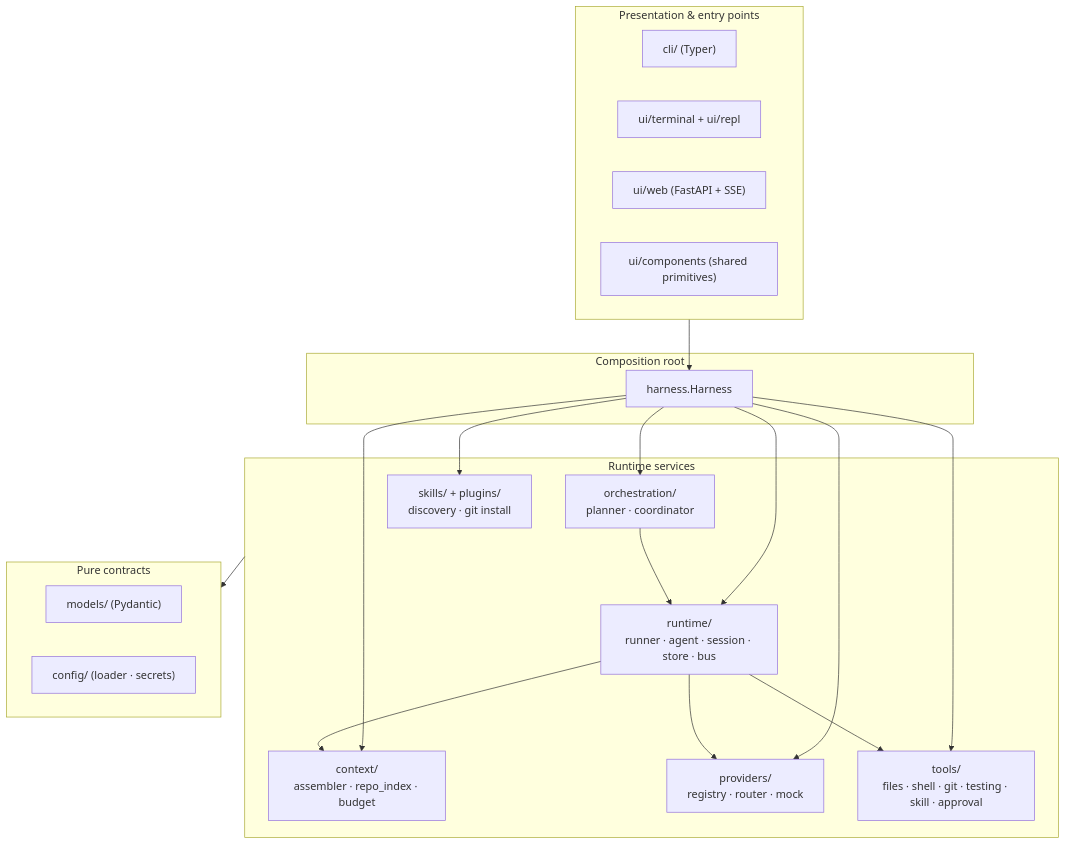
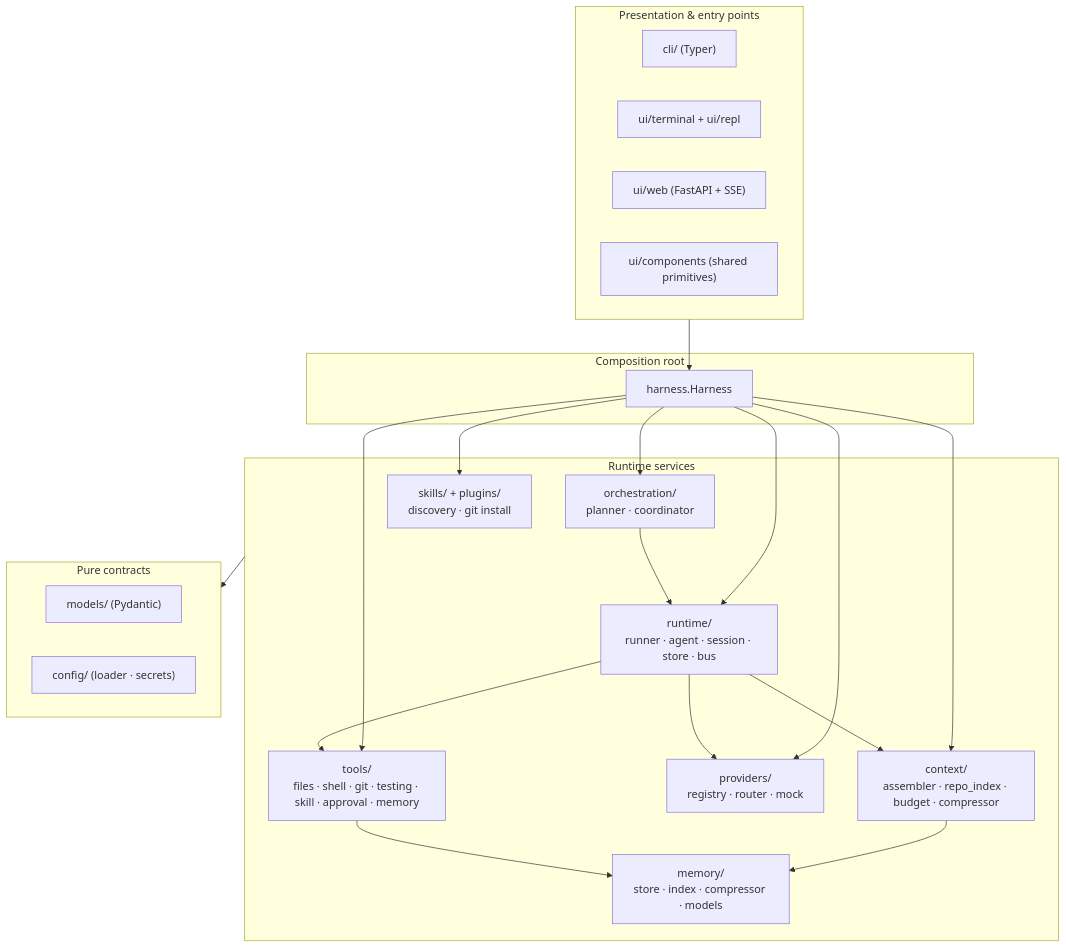
The first of 3 diagrams in docs/architecture.md (omkumar01/om-harness), drawn with Mermaid before and after one commit. The commit also changed other lines of this file and 5 other files, not shown here.

First line of the commit message:
docs: document session memory + context compression feature

````diff
--- a/docs/architecture.md
+++ b/docs/architecture.md
@@ -13,31 +13,34 @@
 ```mermaid
 flowchart TD
     subgraph outer["Presentation & entry points"]
         CLI["cli/ (Typer)"]
         TERM["ui/terminal + ui/repl"]
         WEB["ui/web (FastAPI + SSE)"]
         COMP["ui/components (shared primitives)"]
     end
     subgraph facade["Composition root"]
         H["harness.Harness"]
     end
     subgraph middle["Runtime services"]
         ORCH["orchestration/<br/>planner · coordinator"]
         RUN["runtime/<br/>runner · agent · session · store · bus"]
-        CTX["context/<br/>assembler · repo_index · budget"]
+        CTX["context/<br/>assembler · repo_index · budget · compressor"]
+        MEM["memory/<br/>store · index · compressor · models"]
         PROV["providers/<br/>registry · router · mock"]
-        TOOLS["tools/<br/>files · shell · git · testing · skill · approval"]
+        TOOLS["tools/<br/>files · shell · git · testing · skill · approval · memory"]
         SKP["skills/ + plugins/<br/>discovery · git install"]
     end
     subgraph core["Pure contracts"]
         MODELS["models/ (Pydantic)"]
         CFG["config/ (loader · secrets)"]
     end
     outer --> H
     H --> ORCH & RUN & CTX & PROV & TOOLS & SKP
     ORCH --> RUN
     RUN --> TOOLS
     RUN --> PROV
     RUN --> CTX
+    CTX --> MEM
+    TOOLS --> MEM
     middle --> core
 ```
````
